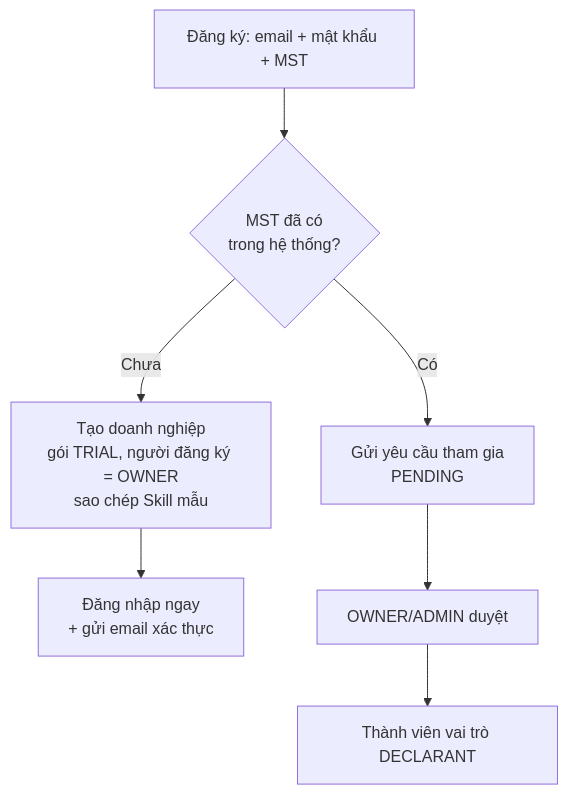
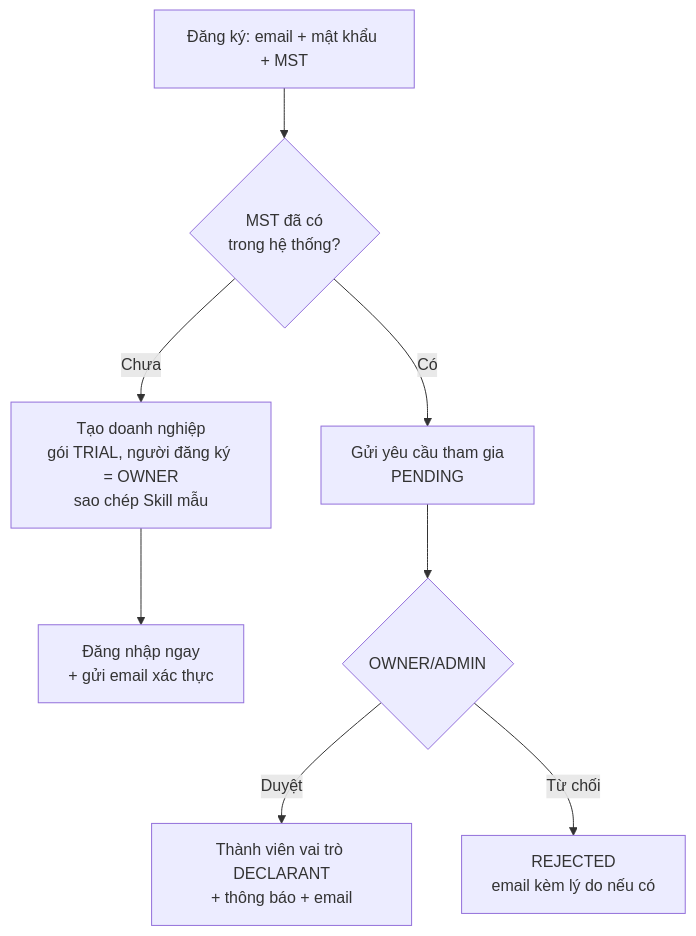
One commit to minhnhacmu2308/chung-tu-hq changed the second of 7 diagrams in docs/QUY-TRINH-NGHIEP-VU.md. Above: the diagram before and after it, drawn with Mermaid. The commit also changed other lines of this file and 23 other files, not shown here.

First line of the commit message:
feat(identity): từ chối yêu cầu tham gia và chuyển quyền sở hữu

````diff
--- a/docs/QUY-TRINH-NGHIEP-VU.md
+++ b/docs/QUY-TRINH-NGHIEP-VU.md
@@ -47,6 +47,8 @@
 ```mermaid
 flowchart TD
   R[Đăng ký: email + mật khẩu + MST] --> Q{MST đã có<br/>trong hệ thống?}
   Q -- Chưa --> N[Tạo doanh nghiệp<br/>gói TRIAL, người đăng ký = OWNER<br/>sao chép Skill mẫu] --> L[Đăng nhập ngay<br/>+ gửi email xác thực]
-  Q -- Có --> J[Gửi yêu cầu tham gia<br/>PENDING] --> O[OWNER/ADMIN duyệt] --> M[Thành viên vai trò DECLARANT]
+  Q -- Có --> J[Gửi yêu cầu tham gia<br/>PENDING] --> O{OWNER/ADMIN}
+  O -- Duyệt --> M[Thành viên vai trò DECLARANT<br/>+ thông báo + email]
+  O -- Từ chối --> X[REJECTED<br/>email kèm lý do nếu có]
 ```
````
